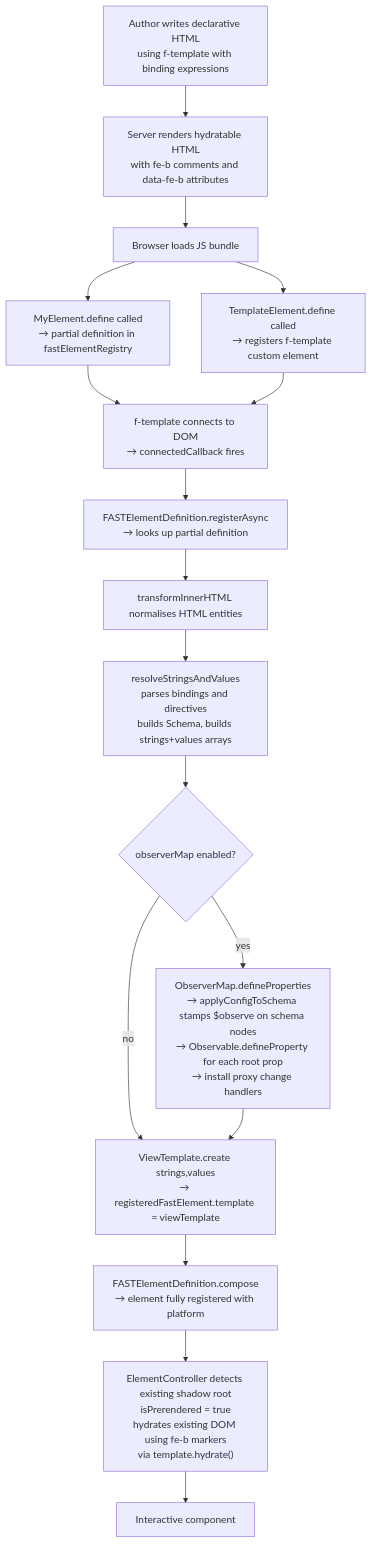
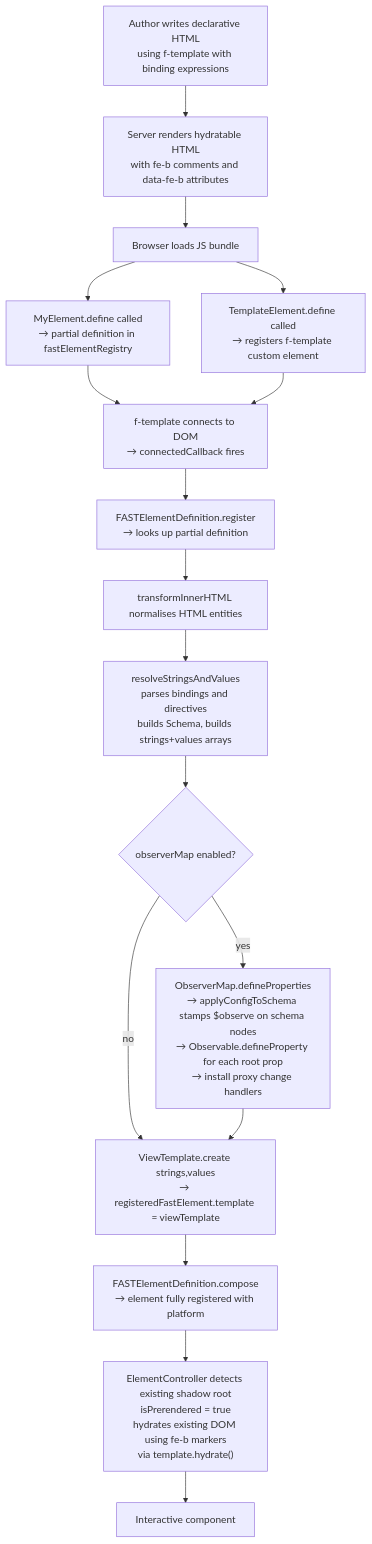
One commit to microsoft/fast changed the first of 4 diagrams in packages/fast-html/DESIGN.md. Above: the diagram before and after it, drawn with Mermaid. The commit also changed other lines of this file and 7 other files, not shown here.

First line of the commit message:
feat: rename registerAsync to register

````diff
--- a/packages/fast-html/DESIGN.md
+++ b/packages/fast-html/DESIGN.md
@@ -233,18 +233,18 @@
 ```mermaid
 flowchart TD
     A["Author writes declarative HTML\nusing f-template with binding expressions"] --> B["Server renders hydratable HTML\nwith fe-b comments and data-fe-b attributes"]
     B --> C[Browser loads JS bundle]
     C --> D["MyElement.define called\n→ partial definition in fastElementRegistry"]
     C --> E["TemplateElement.define called\n→ registers f-template custom element"]
     D & E --> F["f-template connects to DOM\n→ connectedCallback fires"]
-    F --> G["FASTElementDefinition.registerAsync\n→ looks up partial definition"]
+    F --> G["FASTElementDefinition.register\n→ looks up partial definition"]
     G --> H[transformInnerHTML normalises HTML entities]
     H --> I["resolveStringsAndValues\nparses bindings and directives\nbuilds Schema, builds strings+values arrays"]
     I --> J{observerMap enabled?}
     J -- yes --> K["ObserverMap.defineProperties\n→ applyConfigToSchema stamps $observe on schema nodes\n→ Observable.defineProperty for each root prop\n→ install proxy change handlers"]
     J -- no --> L
     K --> L["ViewTemplate.create strings,values\n→ registeredFastElement.template = viewTemplate"]
     L --> M["FASTElementDefinition.compose\n→ element fully registered with platform"]
     M --> N["ElementController detects existing shadow root\nisPrerendered = true\nhydrates existing DOM using fe-b markers\nvia template.hydrate()"]
     N --> O[Interactive component]
 ```
````
